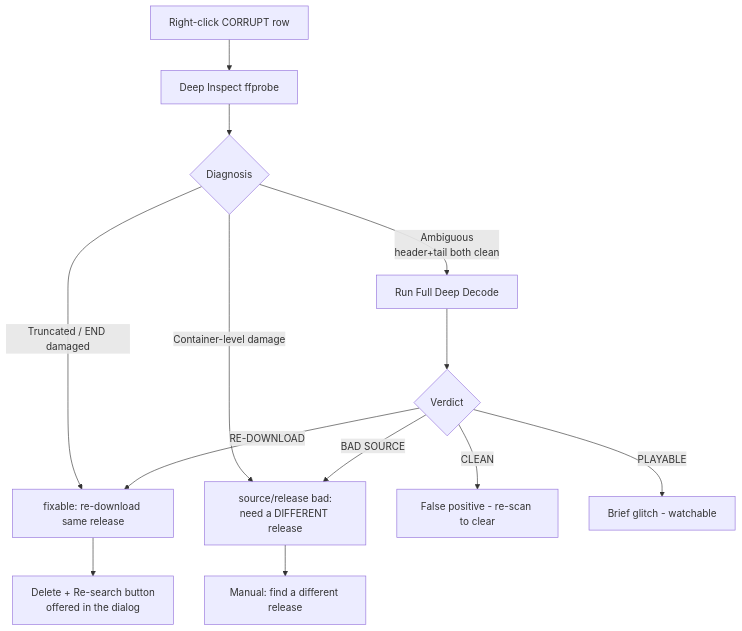
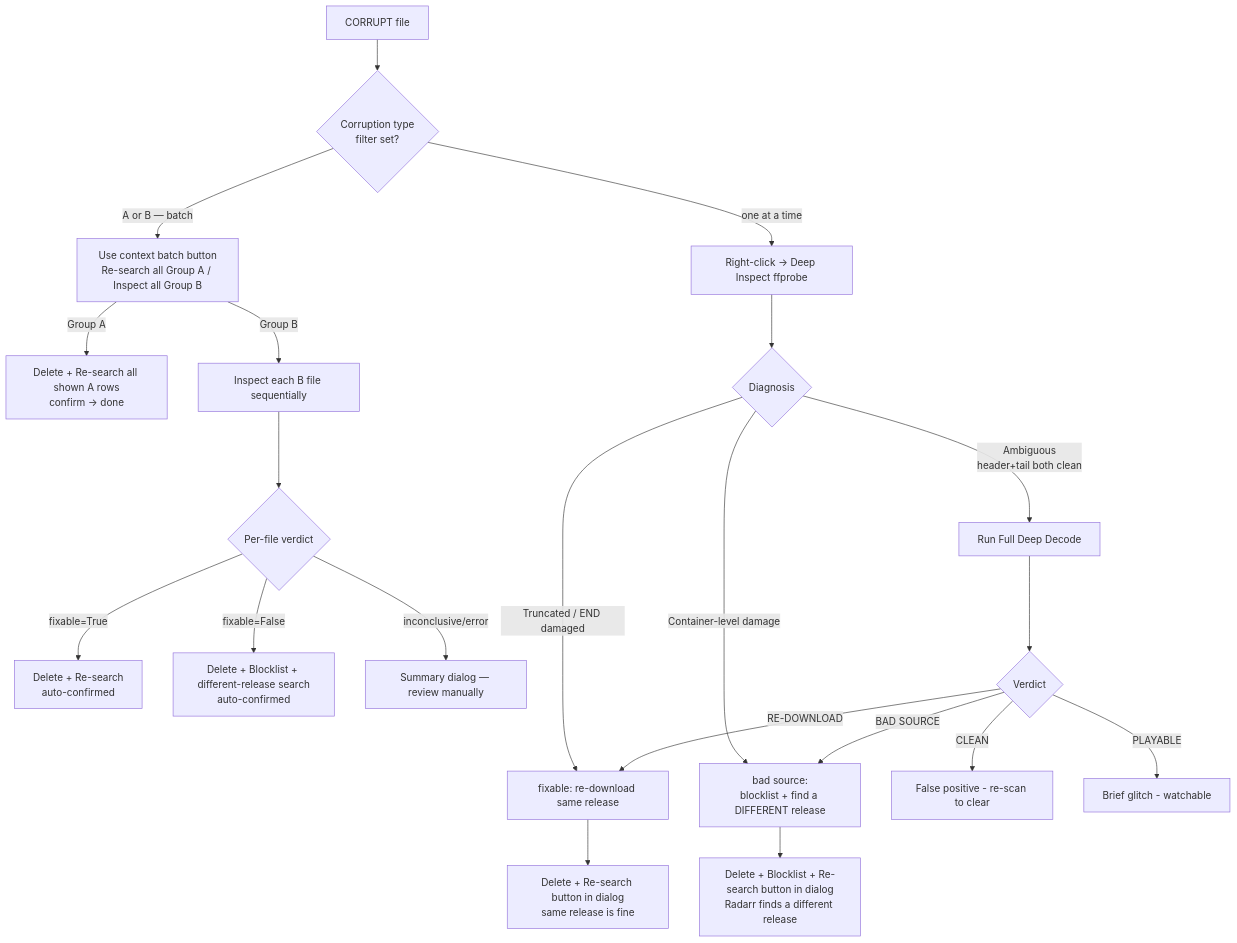
Before and after one commit to sangej01/Repair-Broken-Media-Files: the fifth of 9 diagrams in docs/MANUAL.md, drawn with Mermaid. The commit also changed other lines of this file and 3 other files, not shown here.

````diff
--- a/docs/MANUAL.md
+++ b/docs/MANUAL.md
@@ -128,15 +128,23 @@
 ```mermaid
 flowchart TD
-    A[Right-click CORRUPT row] --> B[Deep Inspect ffprobe]
+    A[CORRUPT file] --> AA{Corruption type<br/>filter set?}
+    AA -->|A or B — batch| AB[Use context batch button<br/>Re-search all Group A / Inspect all Group B]
+    AA -->|one at a time| B[Right-click → Deep Inspect ffprobe]
+    AB -->|Group A| BA[Delete + Re-search all shown A rows<br/>confirm → done]
+    AB -->|Group B| BB[Inspect each B file sequentially]
+    BB --> BC{Per-file verdict}
+    BC -->|fixable=True| BD[Delete + Re-search<br/>auto-confirmed]
+    BC -->|fixable=False| BE[Delete + Blocklist + different-release search<br/>auto-confirmed]
+    BC -->|inconclusive/error| BF[Summary dialog — review manually]
     B --> C{Diagnosis}
     C -->|Truncated / END damaged| D[fixable: re-download same release]
-    C -->|Container-level damage| E[source/release bad:<br/>need a DIFFERENT release]
+    C -->|Container-level damage| E[bad source:<br/>blocklist + find a DIFFERENT release]
     C -->|Ambiguous<br/>header+tail both clean| F[Run Full Deep Decode]
     F --> G{Verdict}
     G -->|CLEAN| H[False positive - re-scan to clear]
     G -->|PLAYABLE| I[Brief glitch - watchable]
     G -->|RE-DOWNLOAD| D
     G -->|BAD SOURCE| E
-    D --> J[Delete + Re-search button<br/>offered in the dialog]
-    E --> K[Manual: find a different release]
+    D --> J[Delete + Re-search button in dialog<br/>same release is fine]
+    E --> K[Delete + Blocklist + Re-search button in dialog<br/>Radarr finds a different release]
 ```
````
